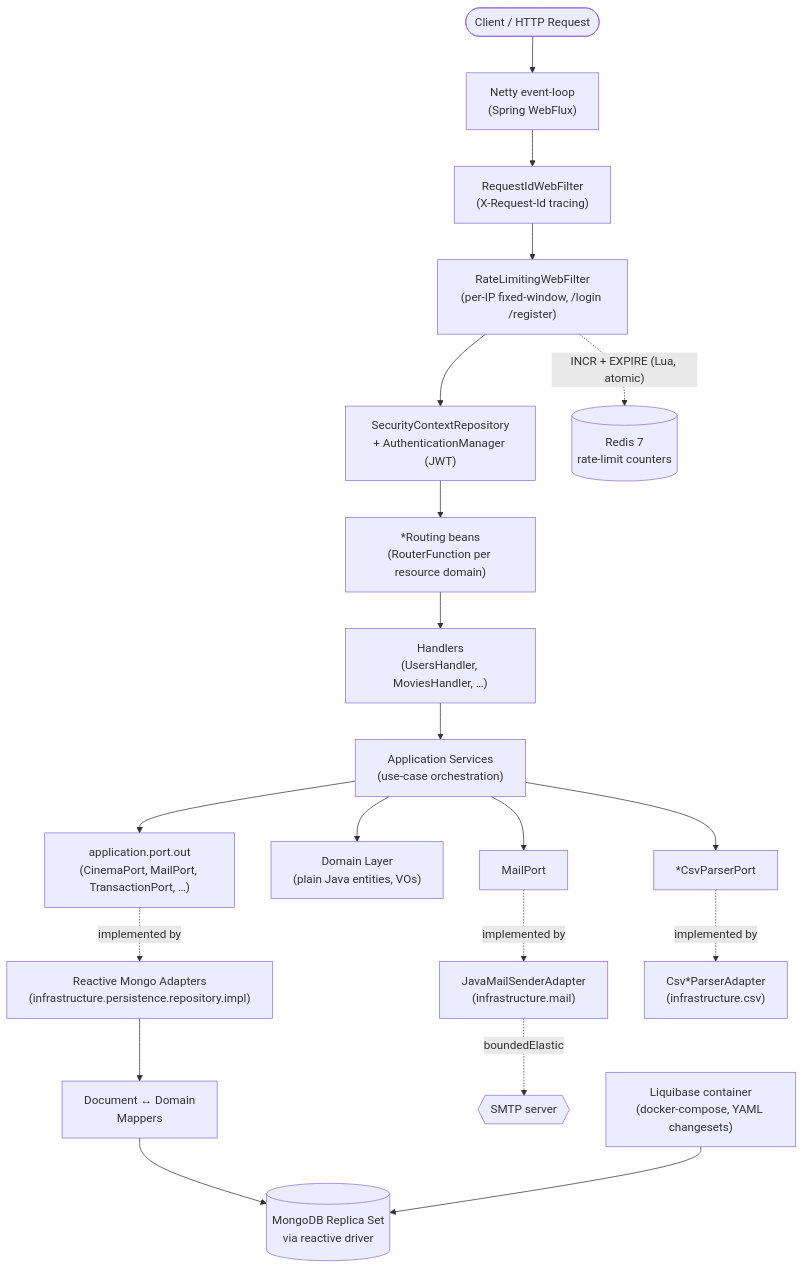
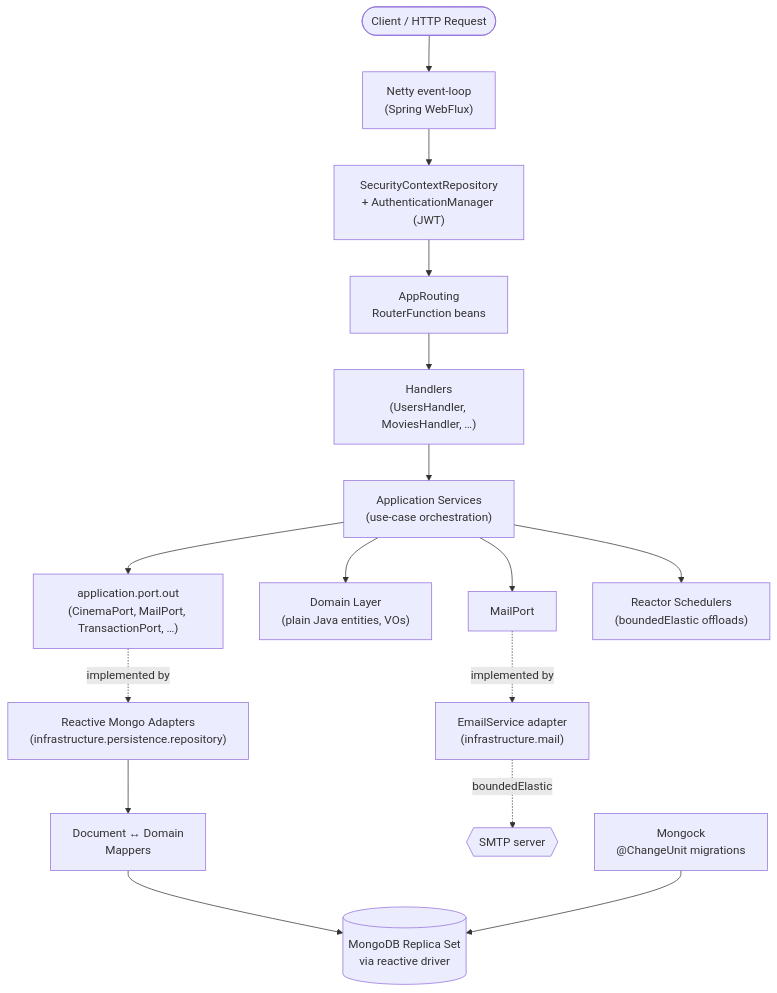
Before and after one commit to mrzodeczko-dev/Reactive-RESTful-API-Cinema-Ticketing-Platform-Spring-WebFlux-: the third of 4 diagrams in readme.md, drawn with Mermaid. The commit also changed other lines of this file, not shown here.

````diff
--- a/readme.md
+++ b/readme.md
@@ -396,22 +416,18 @@
 ```mermaid
 graph TD
     Client(["Client / HTTP Request"]) --> NETTY["Netty event-loop<br/>(Spring WebFlux)"]
-    NETTY --> REQID["RequestIdWebFilter<br/>(X-Request-Id tracing)"]
-    REQID --> RATELIMIT["RateLimitingWebFilter<br/>(per-IP fixed-window, /login /register)"]
-    RATELIMIT --> SEC["SecurityContextRepository<br/>+ AuthenticationManager (JWT)"]
-    RATELIMIT -. "INCR + EXPIRE (Lua, atomic)" .-> REDIS[("Redis 7<br/>rate-limit counters")]
-    SEC --> ROUTER["*Routing beans<br/>(RouterFunction per resource domain)"]
+    NETTY --> SEC["SecurityContextRepository<br/>+ AuthenticationManager (JWT)"]
+    SEC --> ROUTER["AppRouting<br/>RouterFunction beans"]
     ROUTER --> H["Handlers<br/>(UsersHandler, MoviesHandler, …)"]
     H --> APP["Application Services<br/>(use-case orchestration)"]
     APP --> PORTS["application.port.out<br/>(CinemaPort, MailPort, TransactionPort, …)"]
     APP --> DOM["Domain Layer<br/>(plain Java entities, VOs)"]
-    PORTS -.implemented by.-> ADAPTERS["Reactive Mongo Adapters<br/>(infrastructure.persistence.repository.impl)"]
+    PORTS -.implemented by.-> ADAPTERS["Reactive Mongo Adapters<br/>(infrastructure.persistence.repository)"]
     ADAPTERS --> MAPPER["Document ↔ Domain<br/>Mappers"]
     MAPPER --> MDB[("MongoDB Replica Set<br/>via reactive driver")]
     APP --> MAILPORT["MailPort"]
-    MAILPORT -.implemented by.-> MAILADAPTER["JavaMailSenderAdapter<br/>(infrastructure.mail)"]
+    MAILPORT -.implemented by.-> MAILADAPTER["EmailService adapter<br/>(infrastructure.mail)"]
     MAILADAPTER -.boundedElastic.-> SMTP{{"SMTP server"}}
-    APP --> CSVPORT["*CsvParserPort"]
-    CSVPORT -.implemented by.-> CSVADAPTER["Csv*ParserAdapter<br/>(infrastructure.csv)"]
-    LIQUIBASE["Liquibase container<br/>(docker-compose, YAML changesets)"] --> MDB
+    APP --> SCHED["Reactor Schedulers<br/>(boundedElastic offloads)"]
+    MONGOCK["Mongock<br/>@ChangeUnit migrations"] --> MDB
 ```
````
